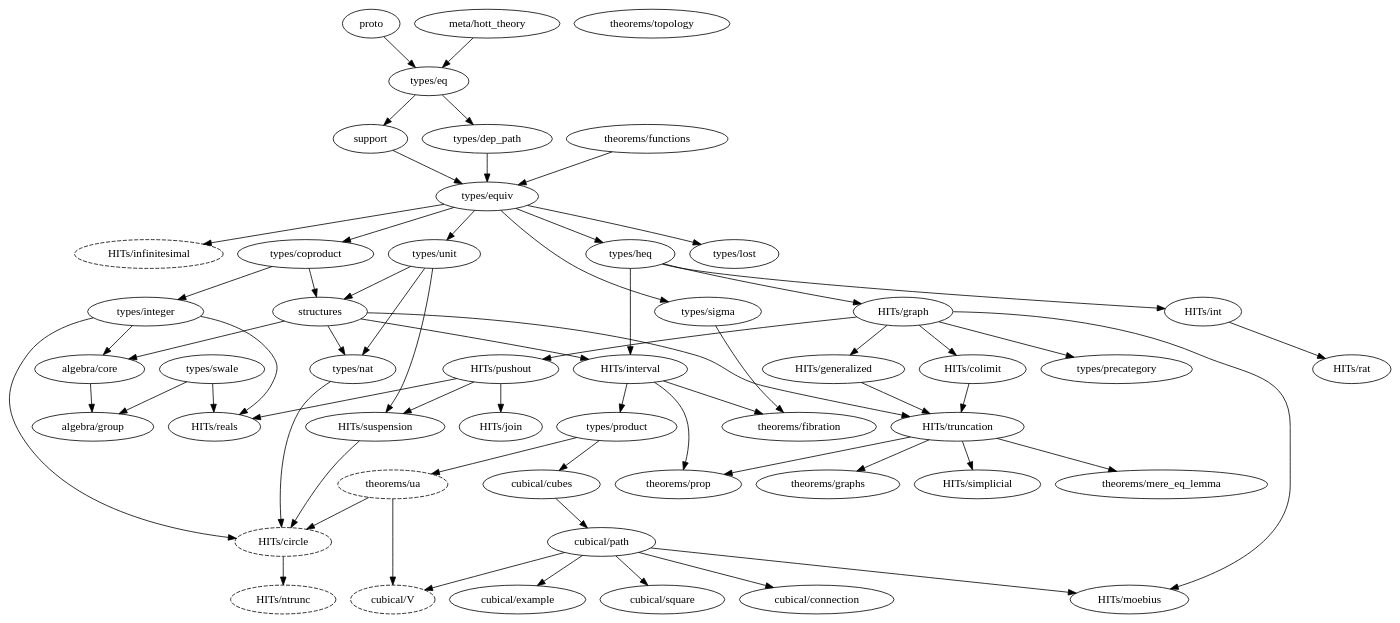
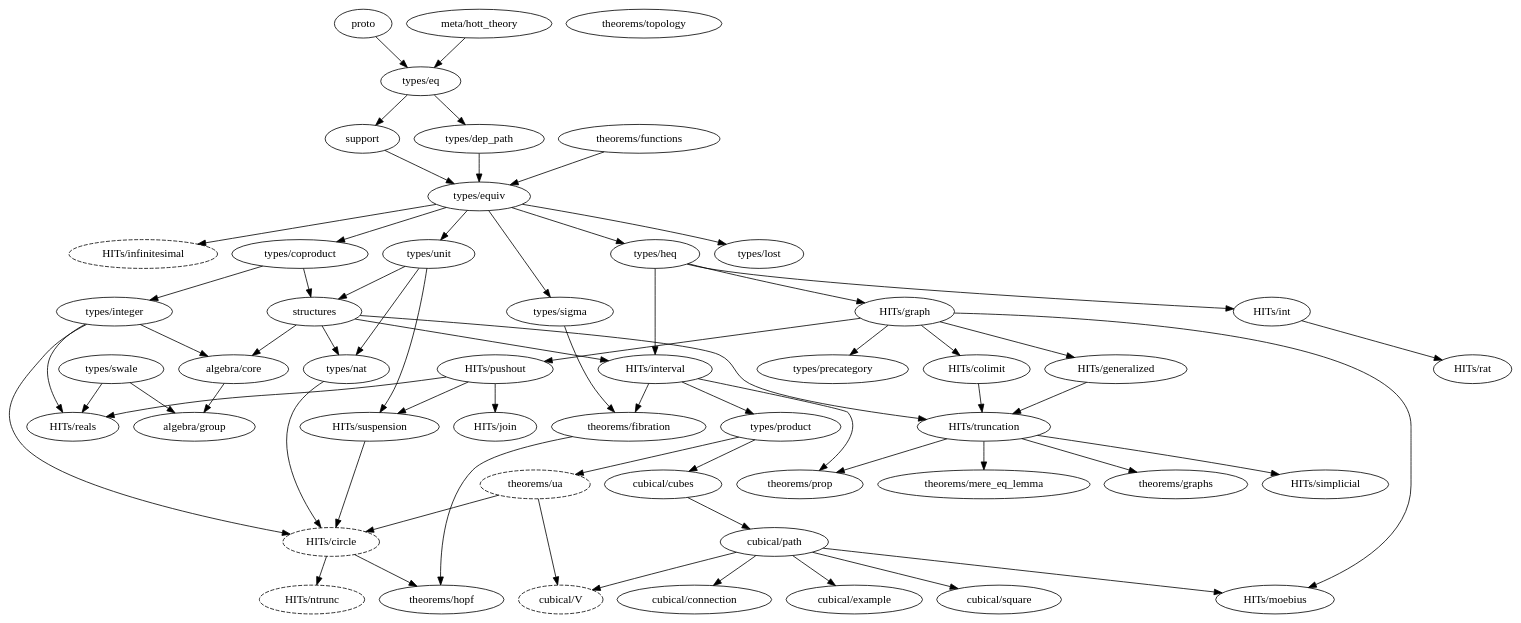
The diagram in dependency_map.gv (forked-from-1kasper/ground_zero), drawn with Graphviz before and after one commit. The commit also changed 3 other files, not shown here.

```diff
--- a/dependency_map.gv
+++ b/dependency_map.gv
@@ -1,114 +1,115 @@
 digraph dependency_map {
   proto -> "types/eq"
   "meta/hott_theory" -> "types/eq"
   support -> "types/equiv"
   structures -> {
     "HITs/interval",
     "HITs/truncation",
     "algebra/core",
     "types/nat"
   }
 
   subgraph univalence {
     node [style=dashed]
     "HITs/circle"
     "HITs/infinitesimal"
     "HITs/ntrunc"
     "theorems/ua"
     "cubical/V"
   }
 
   subgraph algebra {
     "algebra/core" -> "algebra/group"
     "algebra/group"
   }
 
   subgraph types {
     "types/coproduct" -> { "types/integer", structures }
     "types/dep_path" -> "types/equiv"
     "types/eq" -> { "types/dep_path", support }
     "types/equiv" -> {
       "types/heq",
       "HITs/infinitesimal",
       "types/coproduct",
       "types/lost",
       "types/unit",
       "types/sigma"
     }
     "types/heq" -> {
       "HITs/int",
       "HITs/interval",
       "HITs/graph"
     }
     "types/integer" -> { "HITs/circle", "HITs/reals", "algebra/core" }
     "types/lost"
     "types/nat" -> { "HITs/circle" }
     "types/product" -> { "cubical/cubes", "theorems/ua" }
     "types/sigma" -> { "theorems/fibration" }
     "types/swale" -> { "HITs/reals", "algebra/group" }
     "types/unit" -> { structures, "HITs/suspension", "types/nat" }
   }
 
   subgraph HITs {
-    "HITs/circle" -> "HITs/ntrunc"
+    "HITs/circle" -> { "HITs/ntrunc", "theorems/hopf" }
     "HITs/colimit" -> "HITs/truncation"
     "HITs/generalized" -> "HITs/truncation"
     "HITs/graph" -> {
       "HITs/colimit",
       "HITs/generalized",
       "HITs/pushout",
       "HITs/moebius",
       "types/precategory"
     }
     "HITs/infinitesimal"
     "HITs/int" -> "HITs/rat"
     "HITs/interval" -> {
       "types/product",
       "theorems/prop",
       "theorems/fibration"
     }
     "HITs/join"
     "HITs/moebius"
     "HITs/ntrunc"
     "HITs/pushout" -> {
       "HITs/join",
       "HITs/reals",
       "HITs/suspension"
     }
     "HITs/rat"
     "HITs/reals"
     "HITs/simplicial"
     "HITs/suspension" -> "HITs/circle"
     "HITs/truncation" -> {
       "theorems/mere_eq_lemma",
       "theorems/prop",
       "theorems/graphs",
       "HITs/simplicial"
     }
   }
 
   subgraph cubical {
     "cubical/connection"
     "cubical/cubes" -> "cubical/path"
     "cubical/example"
     "cubical/path" -> {
       "cubical/square",
       "cubical/example",
       "cubical/V",
       "cubical/connection",
       "HITs/moebius"
     }
     "cubical/square"
     "cubical/V"
   }
 
   subgraph theorems {
-    "theorems/fibration"
-    "theorems/functions" -> "types/equiv"
+    "theorems/fibration" -> { "theorems/hopf" }
+    "theorems/functions" -> { "types/equiv" }
     "theorems/graphs"
+    "theorems/hopf"
     "theorems/mere_eq_lemma"
     "theorems/prop"
     "theorems/topology"
     "theorems/ua" -> { "HITs/circle", "cubical/V" }
   }
 }
```
